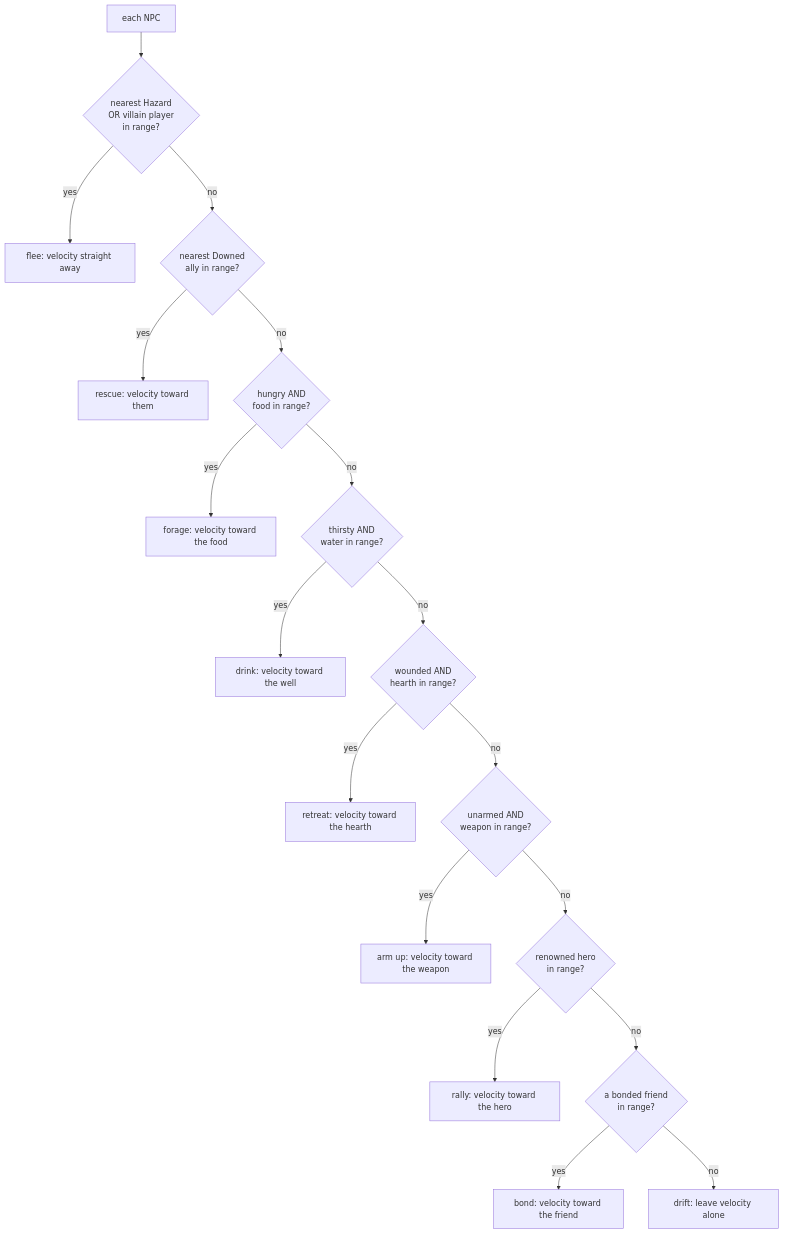
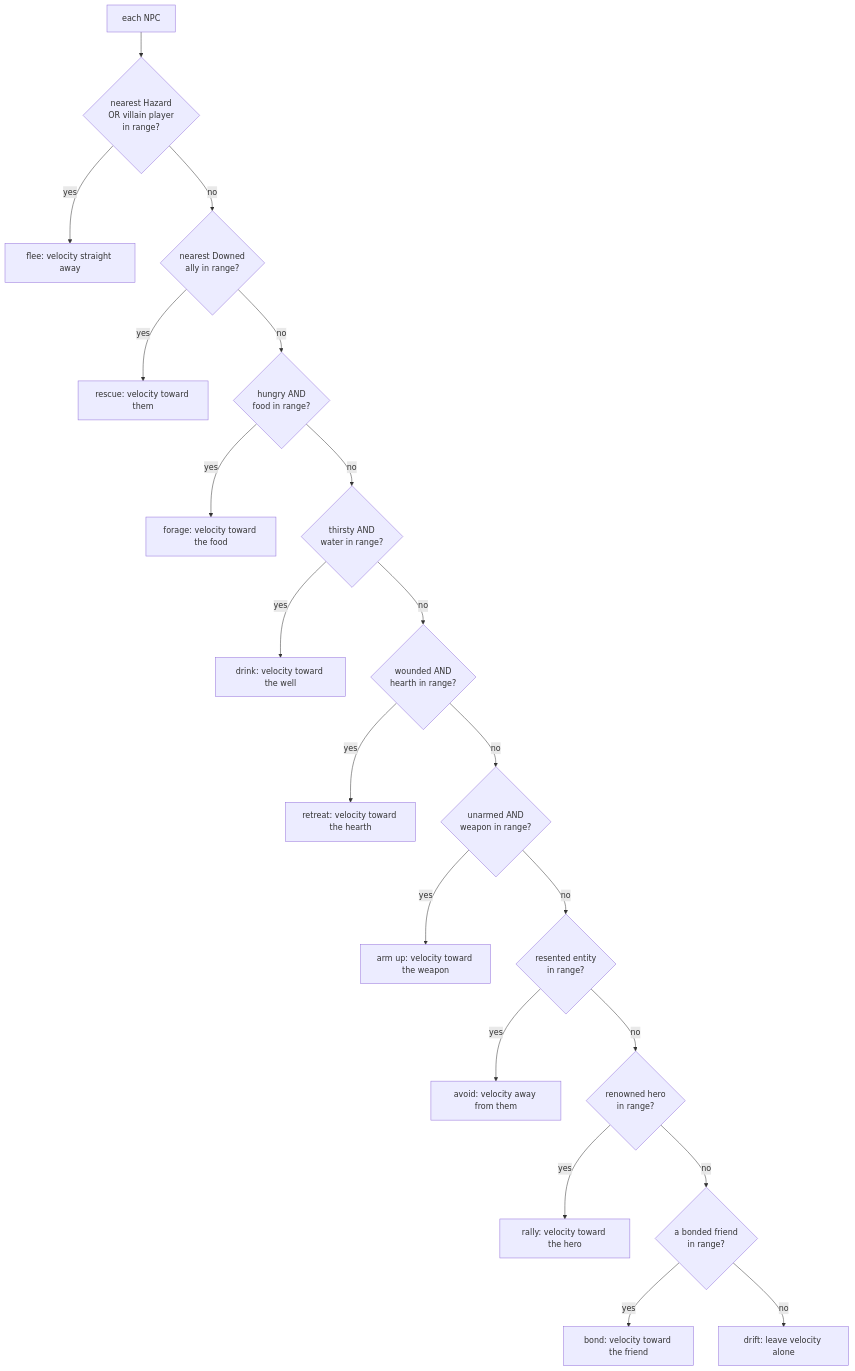
Before and after one commit to IsItJeff/game-engine: the diagram in docs/engine/npc-behaviour.md, drawn with Mermaid. The commit also changed other lines of this file and 3 other files, not shown here.

````diff
--- a/docs/engine/npc-behaviour.md
+++ b/docs/engine/npc-behaviour.md
@@ -40,20 +40,22 @@
 ```mermaid
 flowchart TD
   npc[each NPC] --> haz{nearest Hazard<br/>OR villain player<br/>in range?}
   haz -->|yes| flee[flee: velocity straight away]
   haz -->|no| dwn{nearest Downed<br/>ally in range?}
   dwn -->|yes| rescue[rescue: velocity toward them]
   dwn -->|no| hun{hungry AND<br/>food in range?}
   hun -->|yes| forage[forage: velocity toward the food]
   hun -->|no| thi{thirsty AND<br/>water in range?}
   thi -->|yes| drink[drink: velocity toward the well]
   thi -->|no| wnd{wounded AND<br/>hearth in range?}
   wnd -->|yes| mend[retreat: velocity toward the hearth]
   wnd -->|no| arm{unarmed AND<br/>weapon in range?}
   arm -->|yes| seek[arm up: velocity toward the weapon]
-  arm -->|no| rally{renowned hero<br/>in range?}
+  arm -->|no| avoid{resented entity<br/>in range?}
+  avoid -->|yes| back[avoid: velocity away from them]
+  avoid -->|no| rally{renowned hero<br/>in range?}
   rally -->|yes| gather[rally: velocity toward the hero]
   rally -->|no| bond{a bonded friend<br/>in range?}
   bond -->|yes| gathb[bond: velocity toward the friend]
   bond -->|no| drift[drift: leave velocity alone]
 ```
````
